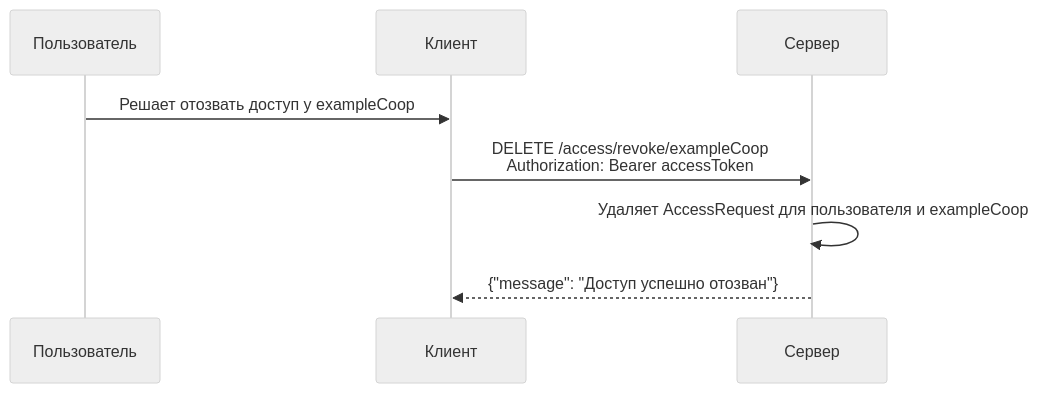
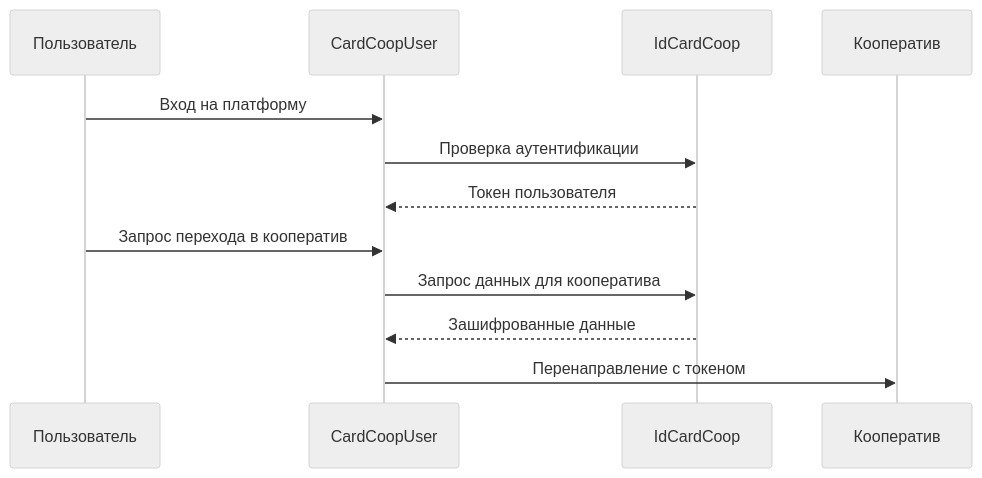
The eighth of 11 diagrams in docs/documentation/cardcoop.md (coopenomics/coopenomics), drawn with Mermaid (neutral theme) before and after one commit. The commit also changed other lines of this file and 9 other files, not shown here.

````diff
--- a/docs/documentation/cardcoop.md
+++ b/docs/documentation/cardcoop.md
@@ -285,11 +359,16 @@
 ```mermaid
 sequenceDiagram
     participant Пользователь
-    participant Клиент
-    participant Сервер
+    participant CardCoopUser
+    participant IdCardCoop
+    participant Кооператив
 
-    Пользователь->>Клиент: Решает отозвать доступ у exampleCoop
-    Клиент->>Сервер: DELETE /access/revoke/exampleCoop<br/>Authorization: Bearer accessToken
-    Сервер->>Сервер: Удаляет AccessRequest для пользователя и exampleCoop
-    Сервер-->>Клиент: {"message": "Доступ успешно отозван"}
+    Пользователь->>CardCoopUser: Вход на платформу
+    CardCoopUser->>IdCardCoop: Проверка аутентификации
+    IdCardCoop-->>CardCoopUser: Токен пользователя
+    
+    Пользователь->>CardCoopUser: Запрос перехода в кооператив
+    CardCoopUser->>IdCardCoop: Запрос данных для кооператива
+    IdCardCoop-->>CardCoopUser: Зашифрованные данные
+    CardCoopUser->>Кооператив: Перенаправление с токеном
 ```
````
